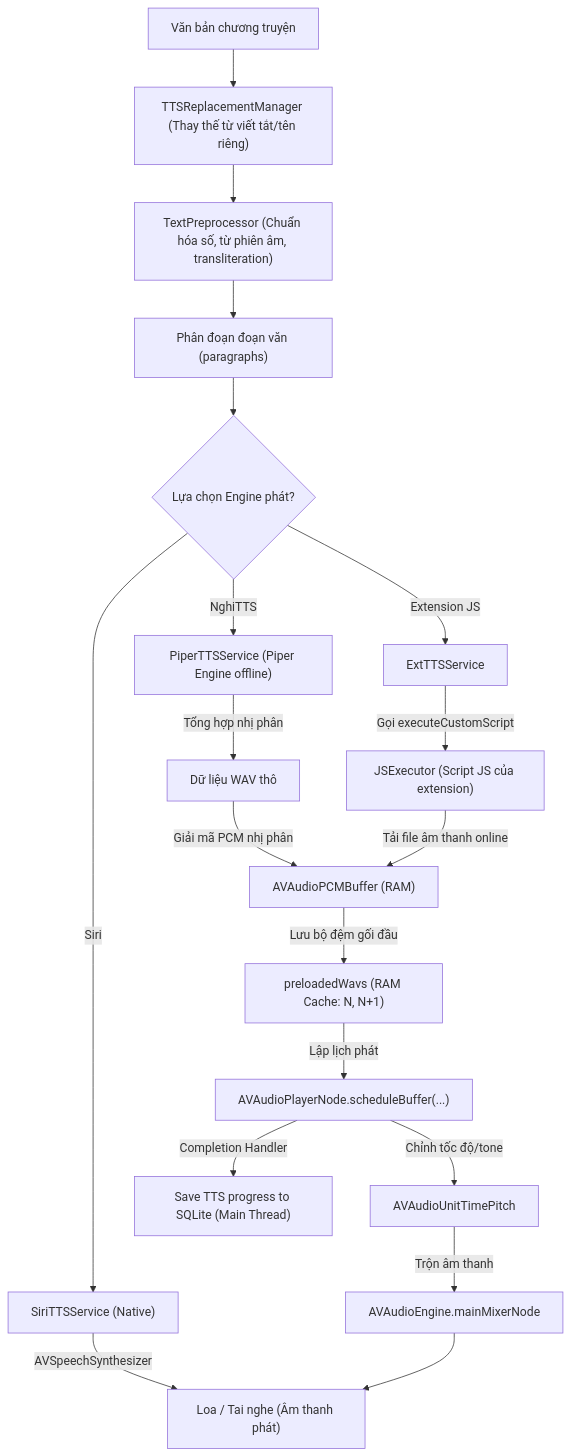
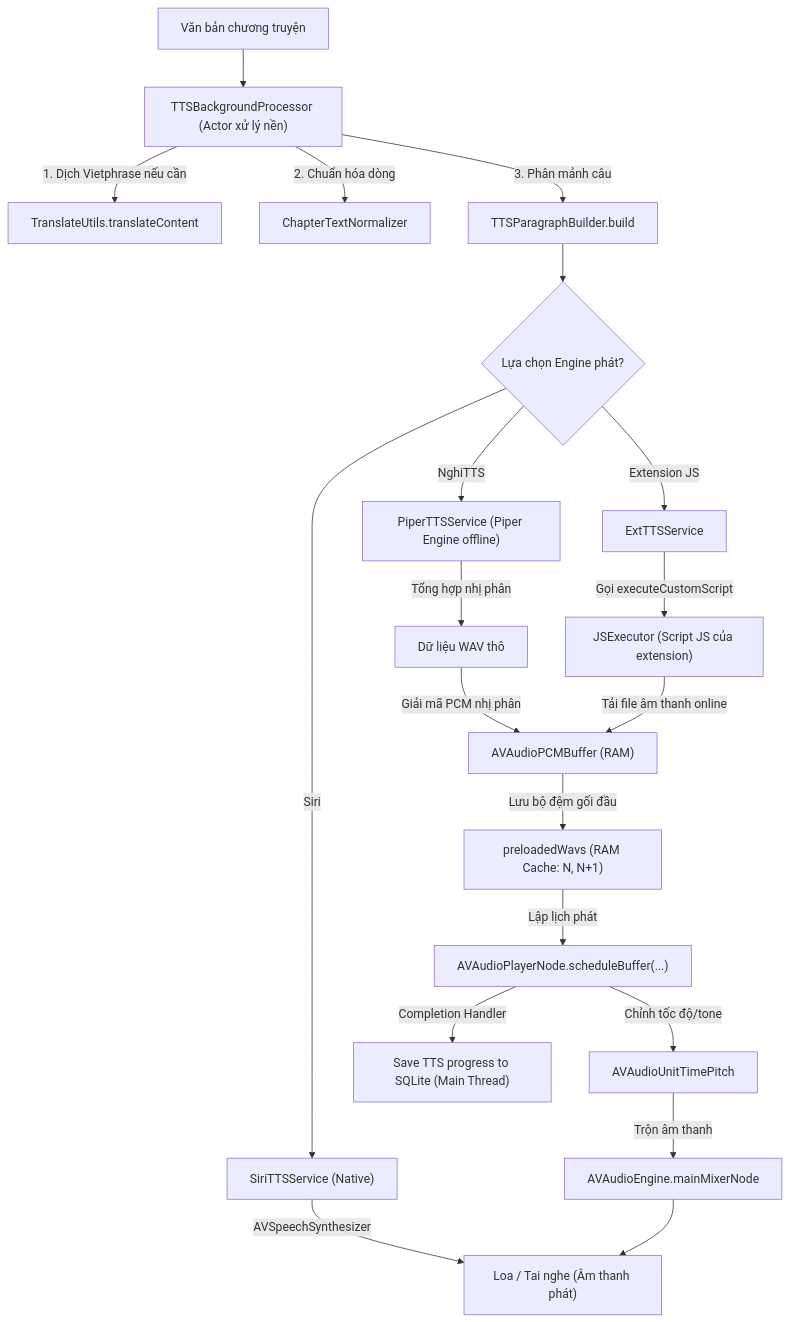
The second of 2 diagrams in Docs/CodeGraph/07_dataflow.md (buudvh/FreeBook), drawn with Mermaid before and after one commit. The commit also changed 13 other files, not shown here.

Commit message:
- Tách luồng xử lý nền TTS, tối ưu hóa CPU và đồng bộ hóa điều hướng thủ công an toàn

````diff
--- a/Docs/CodeGraph/07_dataflow.md
+++ b/Docs/CodeGraph/07_dataflow.md
@@ -82,31 +82,32 @@
 ```mermaid
 graph TD
-    TextSource["Văn bản chương truyện"] --> Prep["TTSReplacementManager (Thay thế từ viết tắt/tên riêng)"]
-    Prep --> Preprocess["TextPreprocessor (Chuẩn hóa số, từ phiên âm, transliteration)"]
-    Preprocess --> Paragraphs["Phân đoạn đoạn văn (paragraphs)"]
+    TextSource["Văn bản chương truyện"] --> Processor["TTSBackgroundProcessor (Actor xử lý nền)"]
+    Processor -->|1. Dịch Vietphrase nếu cần| Translate["TranslateUtils.translateContent"]
+    Processor -->|2. Chuẩn hóa dòng| Normalizer["ChapterTextNormalizer"]
+    Processor -->|3. Phân mảnh câu| Paragraphs["TTSParagraphBuilder.build"]
     
     Paragraphs --> EngineSelect{"Lựa chọn Engine phát?"}
     
     %% Engine Siri
     EngineSelect -->|Siri| Siri["SiriTTSService (Native)"]
     Siri -->|AVSpeechSynthesizer| AudioOut["Loa / Tai nghe (Âm thanh phát)"]
     
     %% Engine NghiTTS
     EngineSelect -->|NghiTTS| Nghi["PiperTTSService (Piper Engine offline)"]
     Nghi -->|Tổng hợp nhị phân| WavData["Dữ liệu WAV thô"]
     WavData -->|Giải mã PCM nhị phân| PCMBuffer["AVAudioPCMBuffer (RAM)"]
     
     %% Engine JS Extension
     EngineSelect -->|Extension JS| ExtTTS["ExtTTSService"]
     ExtTTS -->|Gọi executeCustomScript| JS["JSExecutor (Script JS của extension)"]
     JS -->|Tải file âm thanh online| PCMBuffer
     
     PCMBuffer -->|Lưu bộ đệm gối đầu| PreWav["preloadedWavs (RAM Cache: N, N+1)"]
     PreWav -->|Lập lịch phát| PlayerNode["AVAudioPlayerNode.scheduleBuffer(...)"]
     PlayerNode -->|Chỉnh tốc độ/tone| TimePitch["AVAudioUnitTimePitch"]
     TimePitch -->|Trộn âm thanh| Mixer["AVAudioEngine.mainMixerNode"]
     Mixer --> AudioOut
     
     %% Ghi nhận trạng thái
     PlayerNode -->|Completion Handler| DBProgress["Save TTS progress to SQLite (Main Thread)"]
 ```
````
